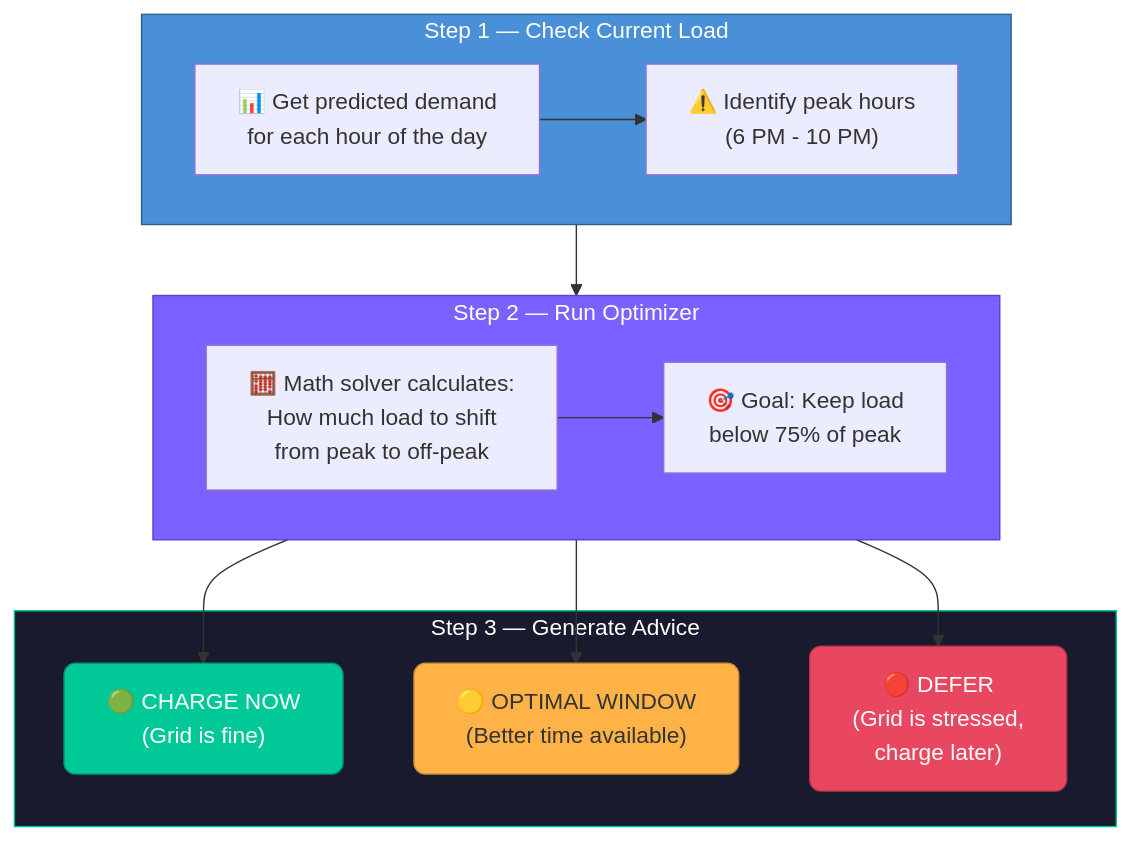
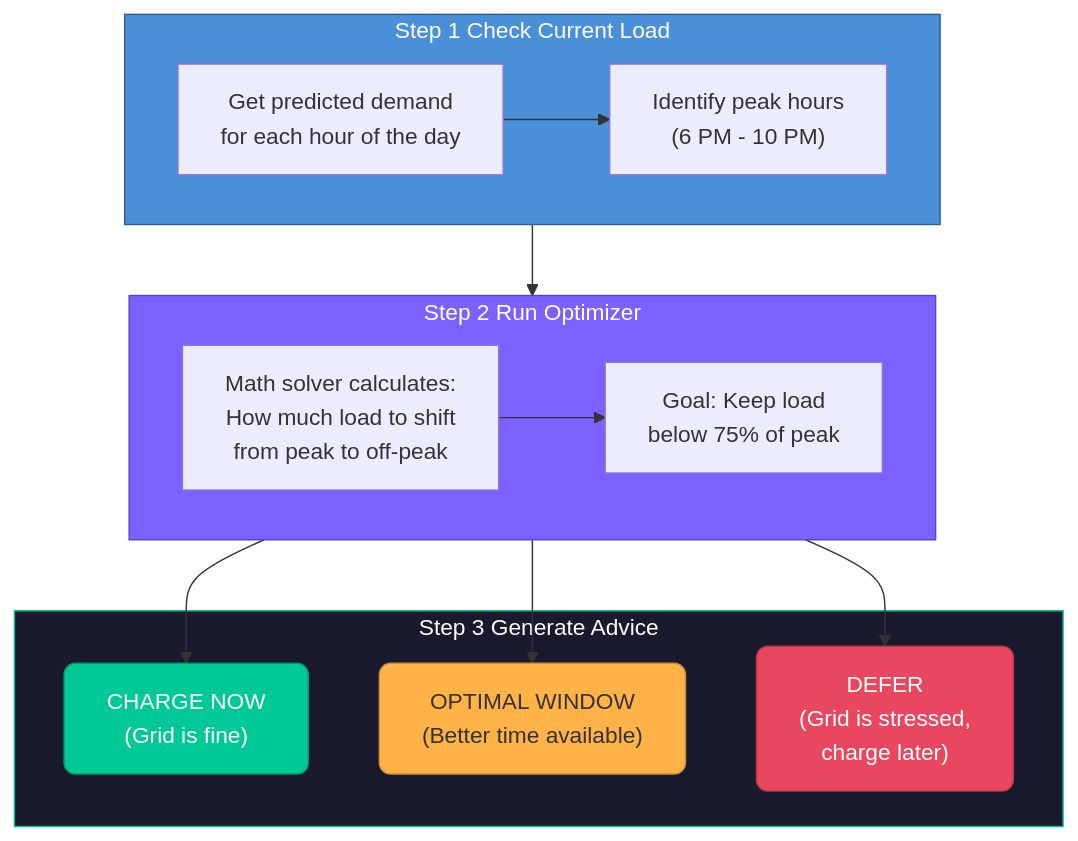
One commit to AbhimanRajCoder/VOLTARIS-AI changed the sixth of 9 diagrams in README.md. Above: the diagram before and after it, drawn with Mermaid. The commit also changed other lines of this file, not shown here.

````diff
--- a/README.md
+++ b/README.md
@@ -701,32 +804,32 @@
 ```mermaid
 flowchart TD
-    subgraph Step1["Step 1 — Check Current Load"]
-        S1A["📊 Get predicted demand\nfor each hour of the day"]
-        S1B["⚠️ Identify peak hours\n(6 PM - 10 PM)"]
-        S1A --> S1B
-    end
+  subgraph Step1["Step 1 Check Current Load"]
+    S1A[" Get predicted demand\nfor each hour of the day"]
+    S1B[" Identify peak hours\n(6 PM - 10 PM)"]
+    S1A --> S1B
+  end
 
-    subgraph Step2["Step 2 — Run Optimizer"]
-        S2A["🧮 Math solver calculates:\nHow much load to shift\nfrom peak to off-peak"]
-        S2B["🎯 Goal: Keep load\nbelow 75% of peak"]
-        S2A --> S2B
-    end
+  subgraph Step2["Step 2 Run Optimizer"]
+    S2A[" Math solver calculates:\nHow much load to shift\nfrom peak to off-peak"]
+    S2B[" Goal: Keep load\nbelow 75% of peak"]
+    S2A --> S2B
+  end
 
-    subgraph Step3["Step 3 — Generate Advice"]
-        S3A["🟢 CHARGE NOW\n(Grid is fine)"]
-        S3B["🟡 OPTIMAL WINDOW\n(Better time available)"]
-        S3C["🔴 DEFER\n(Grid is stressed,\ncharge later)"]
-    end
+  subgraph Step3["Step 3 Generate Advice"]
+    S3A[" CHARGE NOW\n(Grid is fine)"]
+    S3B[" OPTIMAL WINDOW\n(Better time available)"]
+    S3C[" DEFER\n(Grid is stressed,\ncharge later)"]
+  end
 
-    Step1 --> Step2
-    Step2 --> S3A
-    Step2 --> S3B
-    Step2 --> S3C
+  Step1 --> Step2
+  Step2 --> S3A
+  Step2 --> S3B
+  Step2 --> S3C
 
-    style Step1 fill:#4A90D9,stroke:#2C5F8A,color:#fff
-    style Step2 fill:#7B61FF,stroke:#5A3FD9,color:#fff
-    style Step3 fill:#1a1a2e,stroke:#00C896,color:#fff
-    style S3A fill:#00C896,stroke:#009970,color:#fff,rx:8
-    style S3B fill:#FFB347,stroke:#CC8E35,color:#333,rx:8
-    style S3C fill:#E8475F,stroke:#B83649,color:#fff,rx:8
+  style Step1 fill:#4A90D9,stroke:#2C5F8A,color:#fff
+  style Step2 fill:#7B61FF,stroke:#5A3FD9,color:#fff
+  style Step3 fill:#1a1a2e,stroke:#00C896,color:#fff
+  style S3A fill:#00C896,stroke:#009970,color:#fff,rx:8
+  style S3B fill:#FFB347,stroke:#CC8E35,color:#333,rx:8
+  style S3C fill:#E8475F,stroke:#B83649,color:#fff,rx:8
 ```
````
